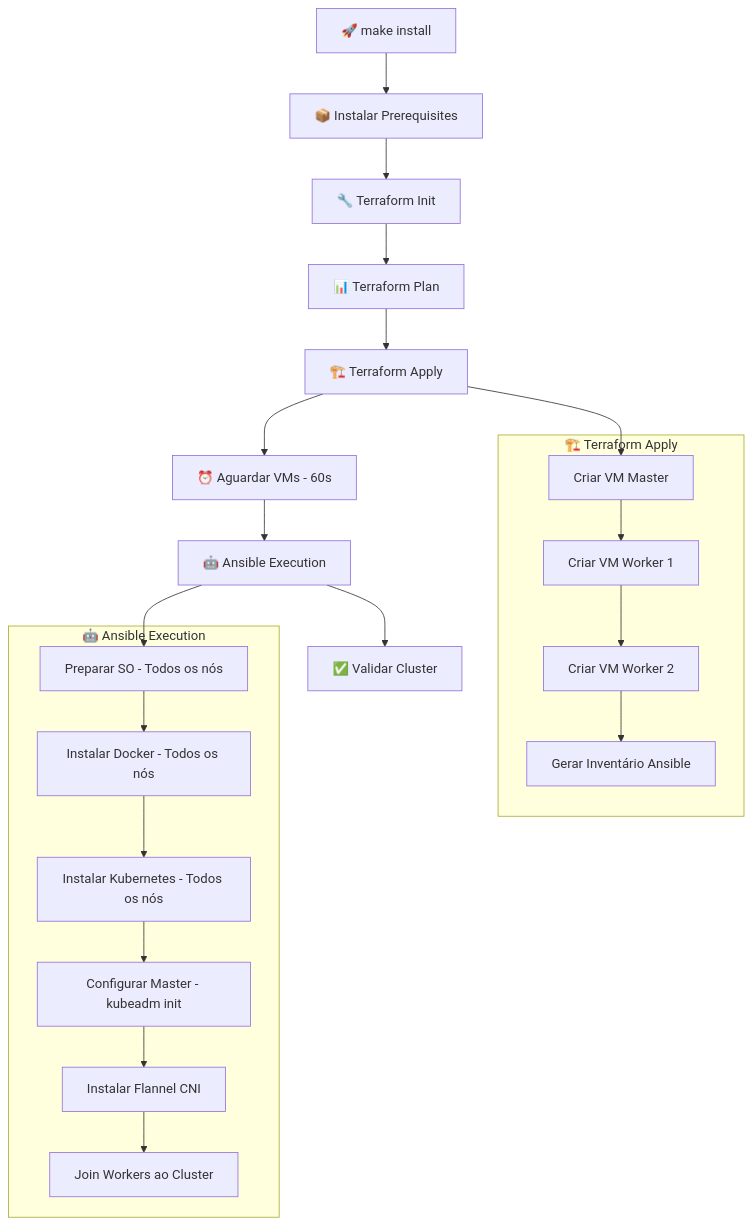
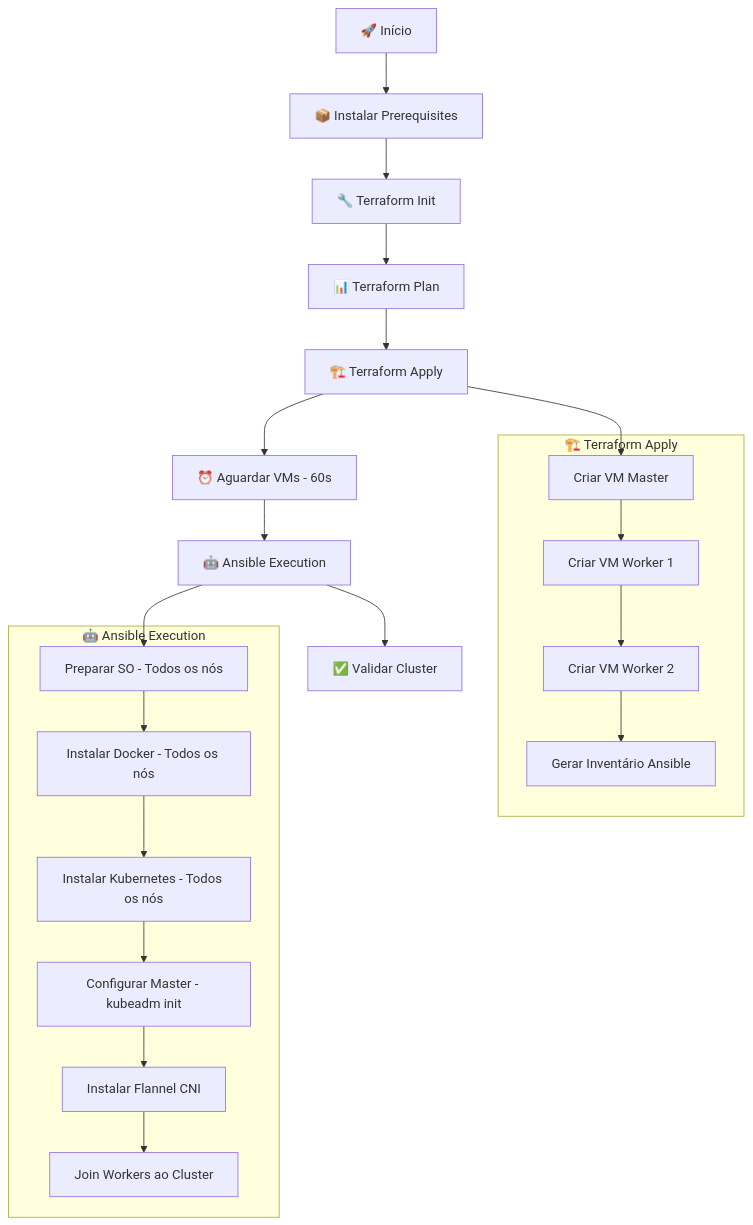
Before and after one commit to wagnerpf/Proxmox-VE-_cluster-Kubernetes_Rancher: the diagram in OVERVIEW.md, drawn with Mermaid. The commit also changed other lines of this file and 14 other files, not shown here.

````diff
--- a/OVERVIEW.md
+++ b/OVERVIEW.md
@@ -179,38 +179,38 @@
 ```mermaid
 flowchart TD
-    A[🚀 make install] --> B[📦 Instalar Prerequisites]
+    A[🚀 Início] --> B[📦 Instalar Prerequisites]
     B --> C[🔧 Terraform Init]
     C --> D[📊 Terraform Plan]
     D --> E[🏗️ Terraform Apply]
     E --> F[⏰ Aguardar VMs - 60s]
     F --> G[🤖 Ansible Execution]
     G --> H[✅ Validar Cluster]
     
     subgraph "🏗️ Terraform Apply"
         E1[Criar VM Master]
         E2[Criar VM Worker 1]
         E3[Criar VM Worker 2]
         E4[Gerar Inventário Ansible]
     end
     
     subgraph "🤖 Ansible Execution"
         G1[Preparar SO - Todos os nós]
         G2[Instalar Docker - Todos os nós]
         G3[Instalar Kubernetes - Todos os nós]
         G4[Configurar Master - kubeadm init]
         G5[Instalar Flannel CNI]
         G6[Join Workers ao Cluster]
     end
     
     E --> E1
     E1 --> E2
     E2 --> E3
     E3 --> E4
     
     G --> G1
     G1 --> G2
     G2 --> G3
     G3 --> G4
     G4 --> G5
     G5 --> G6
 ```
````
